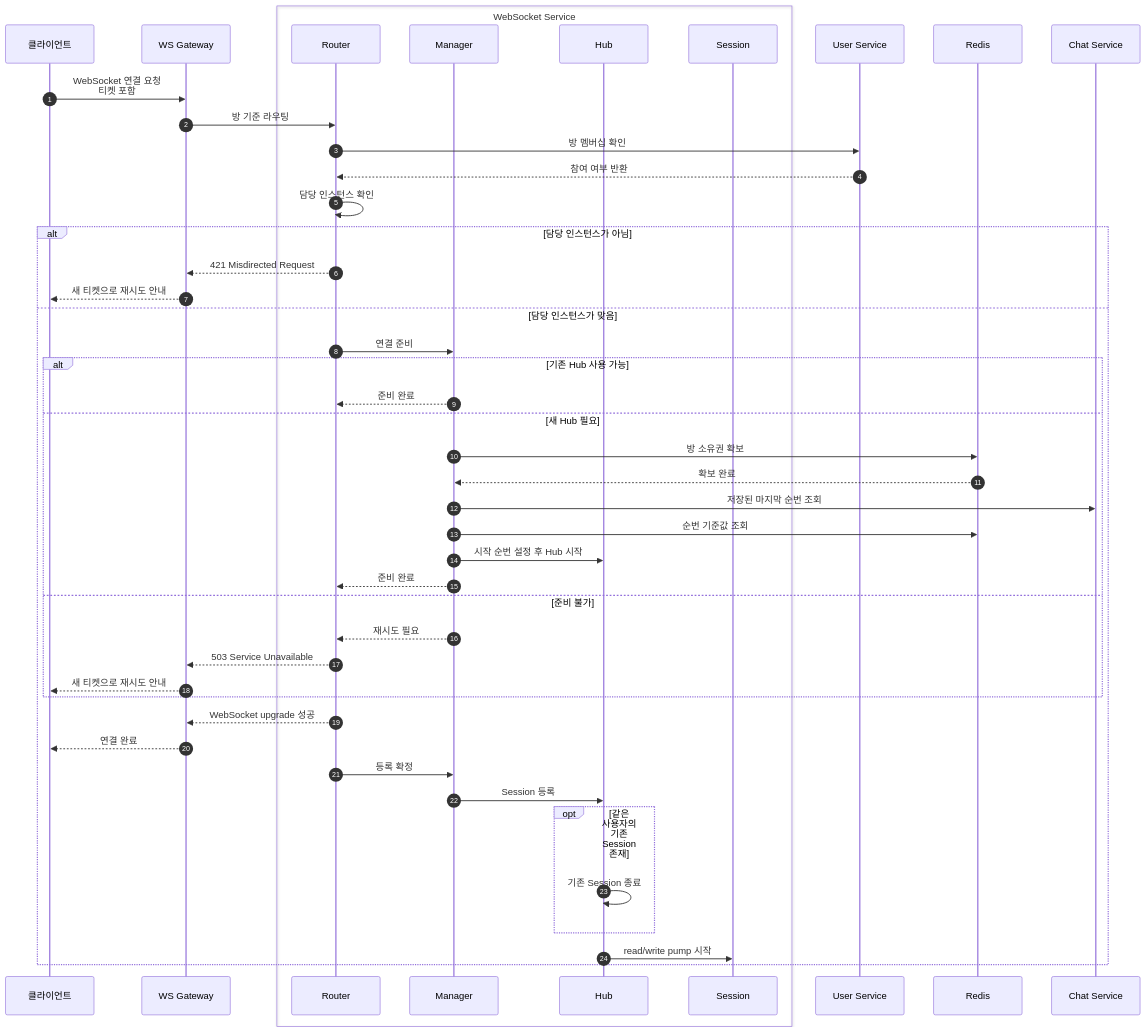
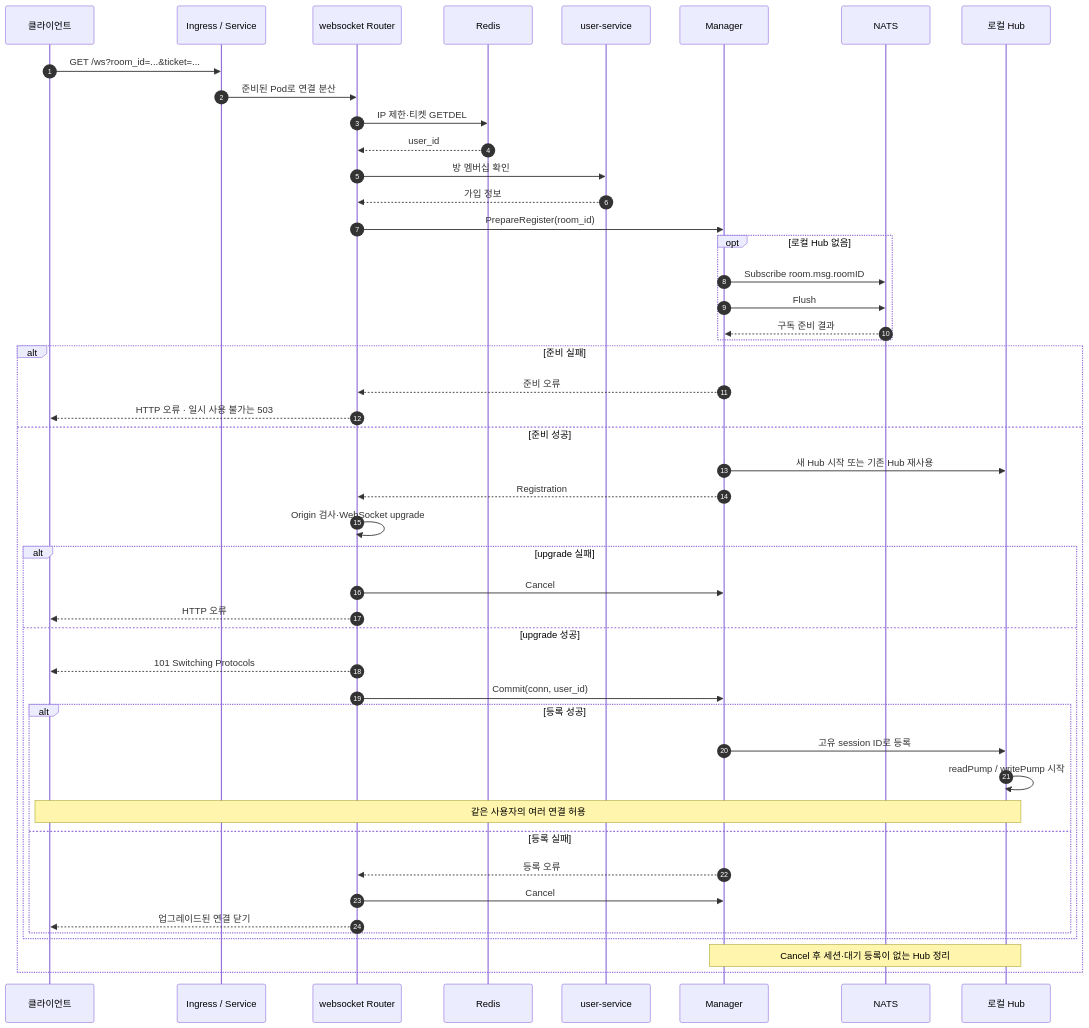
Before and after one commit to happyhun/go-chat-msa: the diagram in docs/diagrams/seq-websocket.mmd, drawn with Mermaid. The commit also changed 152 other files, not shown here.

```diff
--- a/docs/diagrams/seq-websocket.mmd
+++ b/docs/diagrams/seq-websocket.mmd
@@ -1,50 +1,48 @@
 sequenceDiagram
     autonumber
+    participant C as 클라이언트
+    participant I as Ingress / Service
+    participant R as websocket Router
+    participant Redis as Redis
+    participant U as user-service
+    participant M as Manager
+    participant N as NATS
+    participant H as 로컬 Hub
 
-    participant Client as 클라이언트
-    participant WSGW as WS Gateway
-    box WebSocket Service
-    participant Router as Router
-    participant Manager as Manager
-    participant Hub as Hub
-    participant Session as Session
+    C->>I: GET /ws?room_id=...&ticket=...
+    I->>R: 준비된 Pod로 연결 분산
+    R->>Redis: IP 제한·티켓 GETDEL
+    Redis-->>R: user_id
+    R->>U: 방 멤버십 확인
+    U-->>R: 가입 정보
+    R->>M: PrepareRegister(room_id)
+    opt 로컬 Hub 없음
+        M->>N: Subscribe room.msg.roomID
+        M->>N: Flush
+        N-->>M: 구독 준비 결과
     end
-    participant UserSvc as User Service
-    participant Redis as Redis
-    participant ChatSvc as Chat Service
-
-    Client->>WSGW: WebSocket 연결 요청<br/>티켓 포함
-    WSGW->>Router: 방 기준 라우팅
-    Router->>UserSvc: 방 멤버십 확인
-    UserSvc-->>Router: 참여 여부 반환
-    Router->>Router: 담당 인스턴스 확인
-
-    alt 담당 인스턴스가 아님
-        Router-->>WSGW: 421 Misdirected Request
-        WSGW-->>Client: 새 티켓으로 재시도 안내
-    else 담당 인스턴스가 맞음
-        Router->>Manager: 연결 준비
-        alt 기존 Hub 사용 가능
-            Manager-->>Router: 준비 완료
-        else 새 Hub 필요
-            Manager->>Redis: 방 소유권 확보
-            Redis-->>Manager: 확보 완료
-            Manager->>ChatSvc: 저장된 마지막 순번 조회
-            Manager->>Redis: 순번 기준값 조회
-            Manager->>Hub: 시작 순번 설정 후 Hub 시작
-            Manager-->>Router: 준비 완료
-        else 준비 불가
-            Manager-->>Router: 재시도 필요
-            Router-->>WSGW: 503 Service Unavailable
-            WSGW-->>Client: 새 티켓으로 재시도 안내
+    alt 준비 실패
+        M-->>R: 준비 오류
+        R-->>C: HTTP 오류 · 일시 사용 불가는 503
+    else 준비 성공
+        M->>H: 새 Hub 시작 또는 기존 Hub 재사용
+        M-->>R: Registration
+        R->>R: Origin 검사·WebSocket upgrade
+        alt upgrade 실패
+            R->>M: Cancel
+            R-->>C: HTTP 오류
+        else upgrade 성공
+            R-->>C: 101 Switching Protocols
+            R->>M: Commit(conn, user_id)
+            alt 등록 성공
+                M->>H: 고유 session ID로 등록
+                H->>H: readPump / writePump 시작
+                Note over C,H: 같은 사용자의 여러 연결 허용
+            else 등록 실패
+                M-->>R: 등록 오류
+                R->>M: Cancel
+                R-->>C: 업그레이드된 연결 닫기
+            end
         end
-
-        Router-->>WSGW: WebSocket upgrade 성공
-        WSGW-->>Client: 연결 완료
-        Router->>Manager: 등록 확정
-        Manager->>Hub: Session 등록
-        opt 같은 사용자의 기존 Session 존재
-            Hub->>Hub: 기존 Session 종료
-        end
-        Hub->>Session: read/write pump 시작
+        Note over M,H: Cancel 후 세션·대기 등록이 없는 Hub 정리
     end
```
